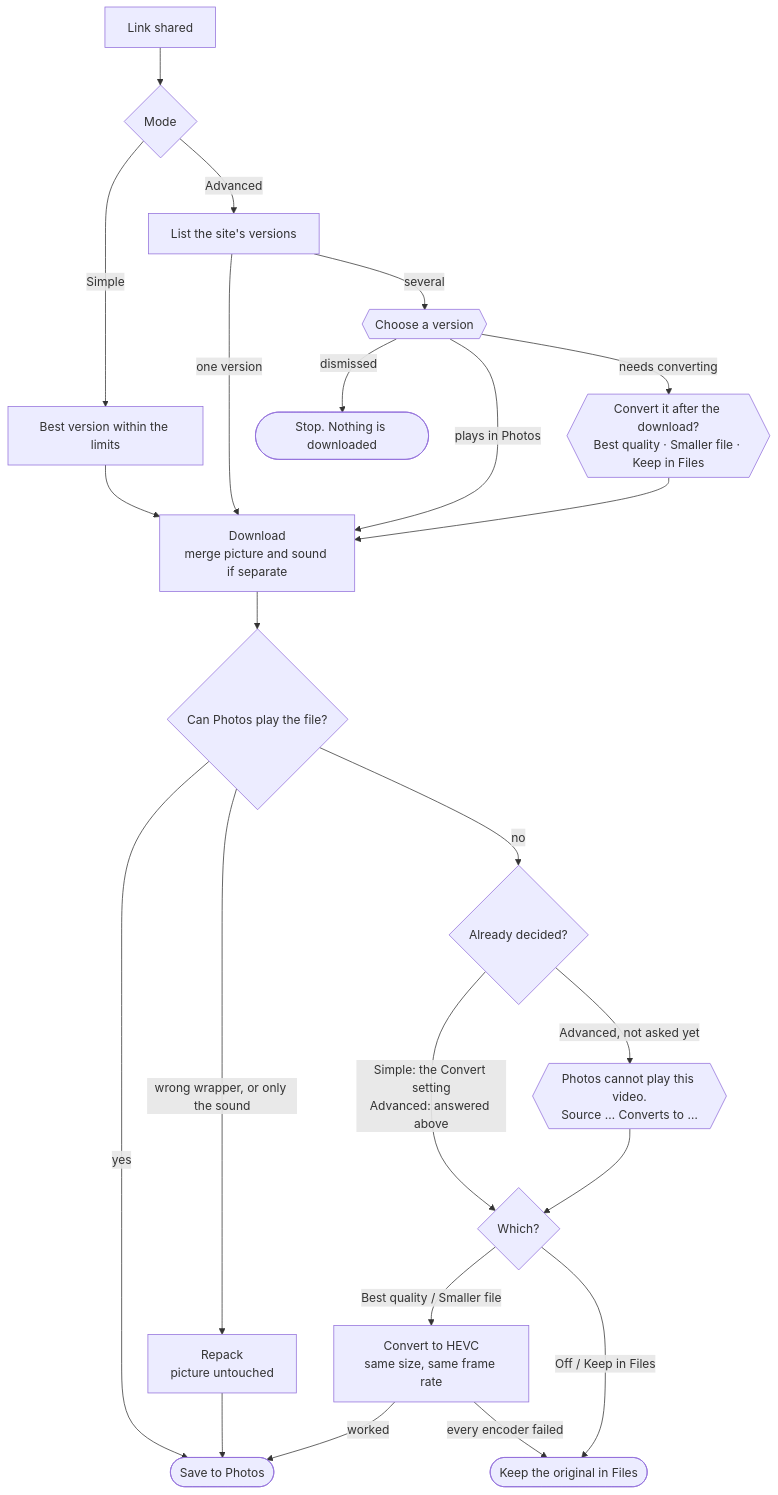
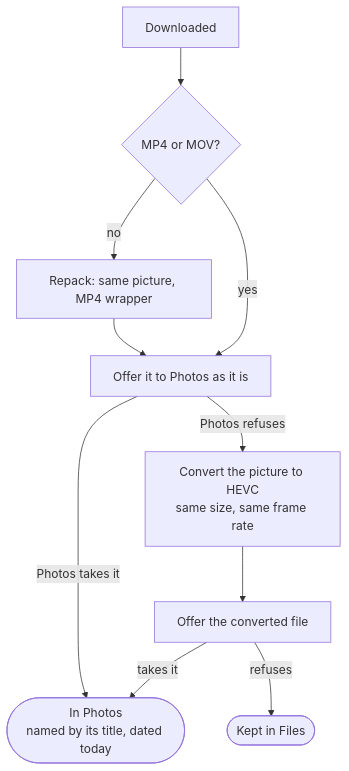
The second of 2 diagrams in docs/BEHAVIOR.md (TheKfcBandit/UMDL), drawn with Mermaid before and after one commit. The commit also changed other lines of this file and 16 other files, not shown here.

First line of the commit message:
UMDL 1.5.0: one tap only; a-Shell saves to Photos itself

````diff
--- a/docs/BEHAVIOR.md
+++ b/docs/BEHAVIOR.md
@@ -157,24 +164,11 @@
 ```mermaid
 flowchart TD
-    L["Link shared"] --> M{"Mode"}
-    M -- "Simple" --> SF["Best version within the limits"]
-    M -- "Advanced" --> AL["List the site's versions"]
-    AL -- "one version" --> DL
-    AL -- "several" --> AQ{{"Choose a version"}}
-    AQ -- "dismissed" --> X(["Stop. Nothing is downloaded"])
-    AQ -- "plays in Photos" --> DL
-    AQ -- "needs converting" --> AC{{"Convert it after the download?<br/>Best quality · Smaller file · Keep in Files"}}
-    AC --> DL
-    SF --> DL["Download<br/>merge picture and sound if separate"]
-    DL --> V{"Can Photos play the file?"}
-    V -- "yes" --> PH(["Save to Photos"])
-    V -- "wrong wrapper, or only the sound" --> RP["Repack<br/>picture untouched"] --> PH
-    V -- "no" --> D{"Already decided?"}
-    D -- "Simple: the Convert setting<br/>Advanced: answered above" --> W{"Which?"}
-    D -- "Advanced, not asked yet" --> ASK{{"Photos cannot play this video.<br/>Source … Converts to …"}}
-    ASK --> W
-    W -- "Best quality / Smaller file" --> CV["Convert to HEVC<br/>same size, same frame rate"]
-    W -- "Off / Keep in Files" --> FL(["Keep the original in Files"])
-    CV -- "worked" --> PH
-    CV -- "every encoder failed" --> FL
+    D["Downloaded"] --> W{"MP4 or MOV?"}
+    W -- "no" --> R["Repack: same picture, MP4 wrapper"] --> T
+    W -- "yes" --> T["Offer it to Photos as it is"]
+    T -- "Photos takes it" --> S(["In Photos<br/>named by its title, dated today"])
+    T -- "Photos refuses" --> C["Convert the picture to HEVC<br/>same size, same frame rate"]
+    C --> T2["Offer the converted file"]
+    T2 -- "takes it" --> S
+    T2 -- "refuses" --> F(["Kept in Files"])
 ```
````
